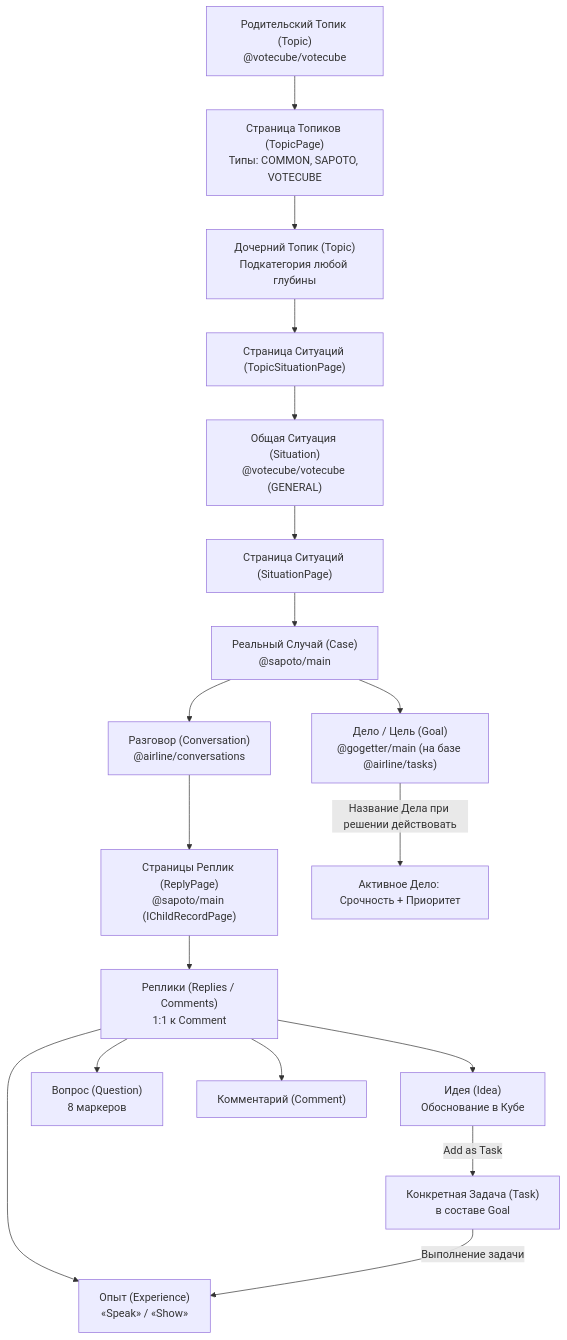
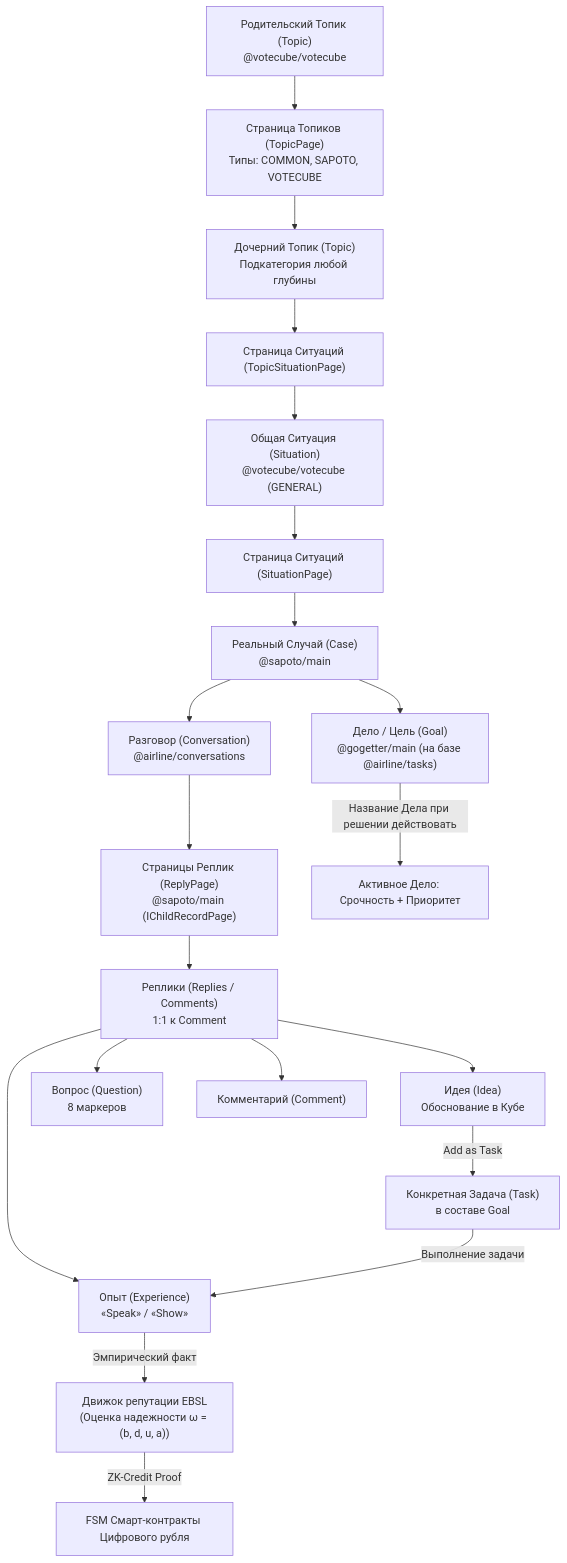
One commit to Data-Independence-Network/presentations changed the diagram in shared_docs/whitepapers/applications/sapoto/README.md. Above: the diagram before and after it, drawn with Mermaid. The commit also changed other lines of this file and 9 other files, not shown here.

````diff
--- a/shared_docs/whitepapers/applications/sapoto/README.md
+++ b/shared_docs/whitepapers/applications/sapoto/README.md
@@ -72,20 +56,22 @@
 ```mermaid
 graph TD
     TopicParent["Родительский Топик (Topic)<br/>@votecube/votecube"] --> TopicPage["Страница Топиков (TopicPage)<br/>Типы: COMMON, SAPOTO, VOTECUBE"]
     TopicPage --> TopicChild["Дочерний Топик (Topic)<br/>Подкатегория любой глубины"]
     TopicChild --> TopicSitPage["Страница Ситуаций (TopicSituationPage)"]
     TopicSitPage --> Situation["Общая Ситуация (Situation)<br/>@votecube/votecube (GENERAL)"]
     Situation --> SituationPage["Страница Ситуаций (SituationPage)"]
     SituationPage --> Case["Реальный Случай (Case)<br/>@sapoto/main"]
     Case --> Conv["Разговор (Conversation)<br/>@airline/conversations"]
     Conv --> ReplyPage["Страницы Реплик (ReplyPage)<br/>@sapoto/main (IChildRecordPage)"]
     ReplyPage --> Reply["Реплики (Replies / Comments)<br/>1:1 к Comment"]
     Reply --> Idea["Идея (Idea)<br/>Обоснование в Кубе"]
     Reply --> Experience["Опыт (Experience)<br/>«Speak» / «Show»"]
     Reply --> Question["Вопрос (Question)<br/>8 маркеров"]
     Reply --> Comment["Комментарий (Comment)"]
     Case --> Goal["Дело / Цель (Goal)<br/>@gogetter/main (на базе @airline/tasks)"]
     Goal -->|Название Дела при решении действовать| GoalActive["Активное Дело: Срочность + Приоритет"]
     Idea -->|Add as Task| Task["Конкретная Задача (Task)<br/>в составе Goal"]
     Task -->|Выполнение задачи| Experience
+    Experience -->|Эмпирический факт| EBSL["Движок репутации EBSL<br/>(Оценка надежности ω = (b, d, u, a))"]
+    EBSL -->|ZK-Credit Proof| CBR["FSM Смарт-контракты Цифрового рубля"]
 ```
````
